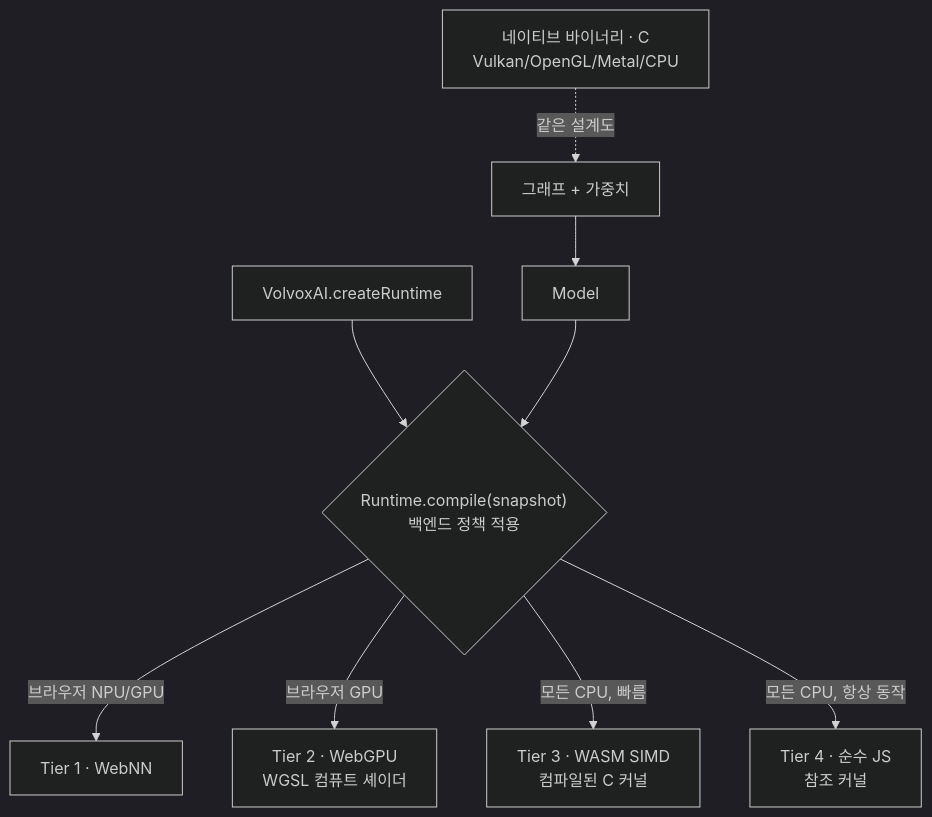
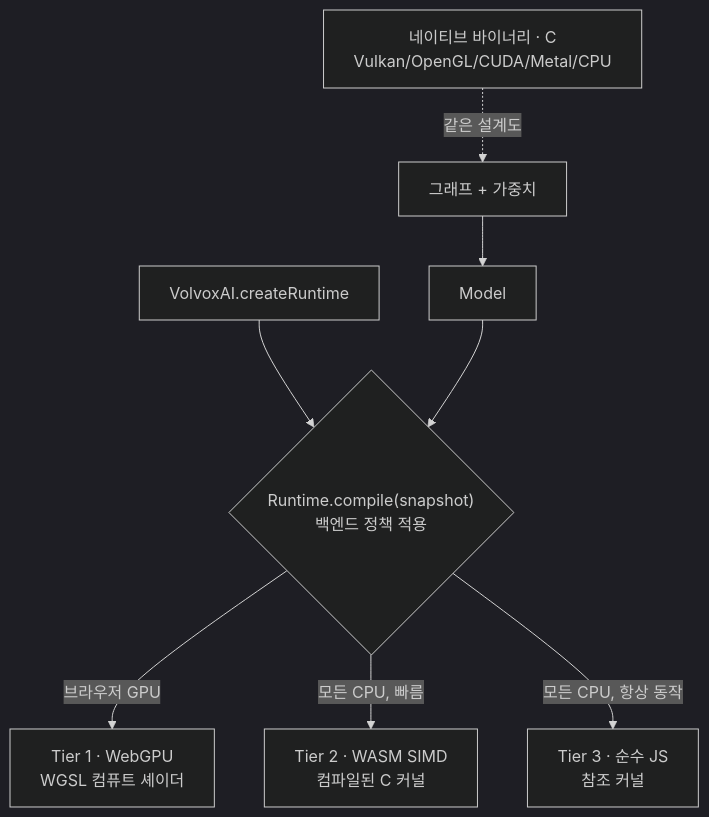
The diagram in docs/textbook/ko/01-foundations.md (ivere27/volvoxai), drawn with Mermaid (dark theme) before and after one commit. The commit also changed other lines of this file and 741 other files, not shown here.

````diff
--- a/docs/textbook/ko/01-foundations.md
+++ b/docs/textbook/ko/01-foundations.md
@@ -292,11 +313,10 @@
 ```mermaid
 flowchart TD
     G["그래프 + 가중치"] --> S["Model"]
     R["VolvoxAI.createRuntime"] --> SEL{"Runtime.compile(snapshot)<br/>백엔드 정책 적용"}
     S --> SEL
-    SEL -->|브라우저 NPU/GPU| T1["Tier 1 · WebNN"]
-    SEL -->|브라우저 GPU| T2["Tier 2 · WebGPU<br/>WGSL 컴퓨트 셰이더"]
-    SEL -->|모든 CPU, 빠름| T3["Tier 3 · WASM SIMD<br/>컴파일된 C 커널"]
-    SEL -->|모든 CPU, 항상 동작| T4["Tier 4 · 순수 JS<br/>참조 커널"]
-    N["네이티브 바이너리 · C<br/>Vulkan/OpenGL/Metal/CPU"] -.같은 설계도.-> G
+    SEL -->|브라우저 GPU| T1["Tier 1 · WebGPU<br/>WGSL 컴퓨트 셰이더"]
+    SEL -->|모든 CPU, 빠름| T2["Tier 2 · WASM SIMD<br/>컴파일된 C 커널"]
+    SEL -->|모든 CPU, 항상 동작| T3["Tier 3 · 순수 JS<br/>참조 커널"]
+    N["네이티브 바이너리 · C<br/>Vulkan/OpenGL/CUDA/Metal/CPU"] -.같은 설계도.-> G
 ```
````
